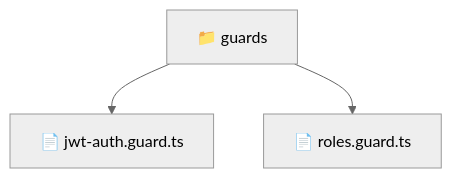
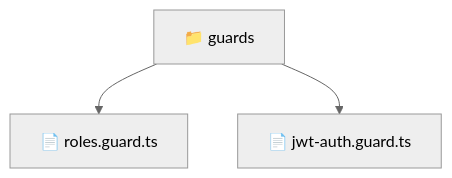
Before and after one commit to beginwebdev2002/fullstack-mavluda: the diagram in backend/src/common/guards/README.md, drawn with Mermaid (neutral theme). The commit also changed other lines of this file and 164 other files, not shown here.

First line of the commit message:
docs: generate robust autonomous architectural documentation

````diff
--- a/backend/src/common/guards/README.md
+++ b/backend/src/common/guards/README.md
@@ -9,6 +11,6 @@
 ```mermaid
 graph TD
-  Root["📁 guards"]
-  Root --> jwt_auth_guard_ts["📄 jwt-auth.guard.ts"]
-  Root --> roles_guard_ts["📄 roles.guard.ts"]
+    f_guards["📁 guards"]
+    f_guards --> f_roles_guard_ts["📄 roles.guard.ts"]
+    f_guards --> f_jwt_auth_guard_ts["📄 jwt-auth.guard.ts"]
 ```
````
